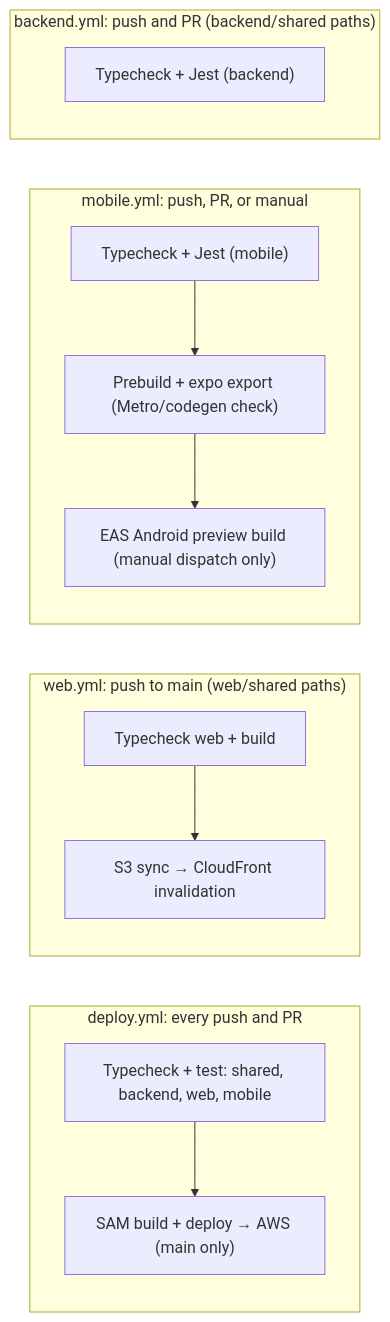
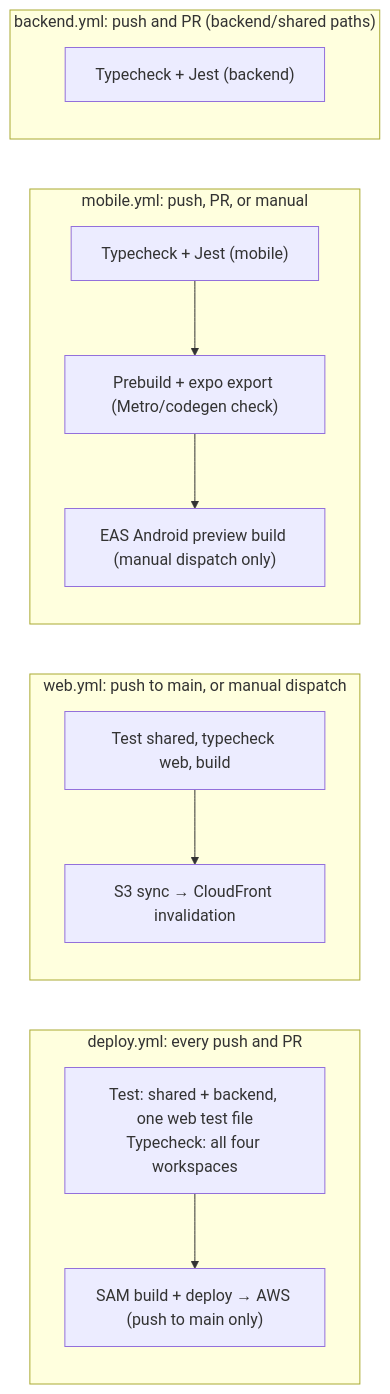
One commit to Manuel-Castellon/Vaulty changed the third of 3 diagrams in README.md. Above: the diagram before and after it, drawn with Mermaid. The commit also changed other lines of this file and 3 other files, not shown here.

````diff
--- a/README.md
+++ b/README.md
@@ -150,26 +152,26 @@
 ```mermaid
 graph LR
     subgraph "deploy.yml: every push and PR"
-        TC["Typecheck + test: shared, backend, web, mobile"]
-        Deploy["SAM build + deploy → AWS (main only)"]
+        TC["Test: shared + backend, one web test file\nTypecheck: all four workspaces"]
+        Deploy["SAM build + deploy → AWS (push to main only)"]
     end
 
-    subgraph "web.yml: push to main (web/shared paths)"
-        WebTC["Typecheck web + build"]
+    subgraph "web.yml: push to main, or manual dispatch"
+        WebTC["Test shared, typecheck web, build"]
         WebDeploy["S3 sync → CloudFront invalidation"]
     end
 
     subgraph "mobile.yml: push, PR, or manual"
         MobTC["Typecheck + Jest (mobile)"]
         Bundle["Prebuild + expo export (Metro/codegen check)"]
         EAS["EAS Android preview build (manual dispatch only)"]
     end
 
     subgraph "backend.yml: push and PR (backend/shared paths)"
         BeTC["Typecheck + Jest (backend)"]
     end
 
     TC --> Deploy
     WebTC --> WebDeploy
     MobTC --> Bundle --> EAS
 ```
````
